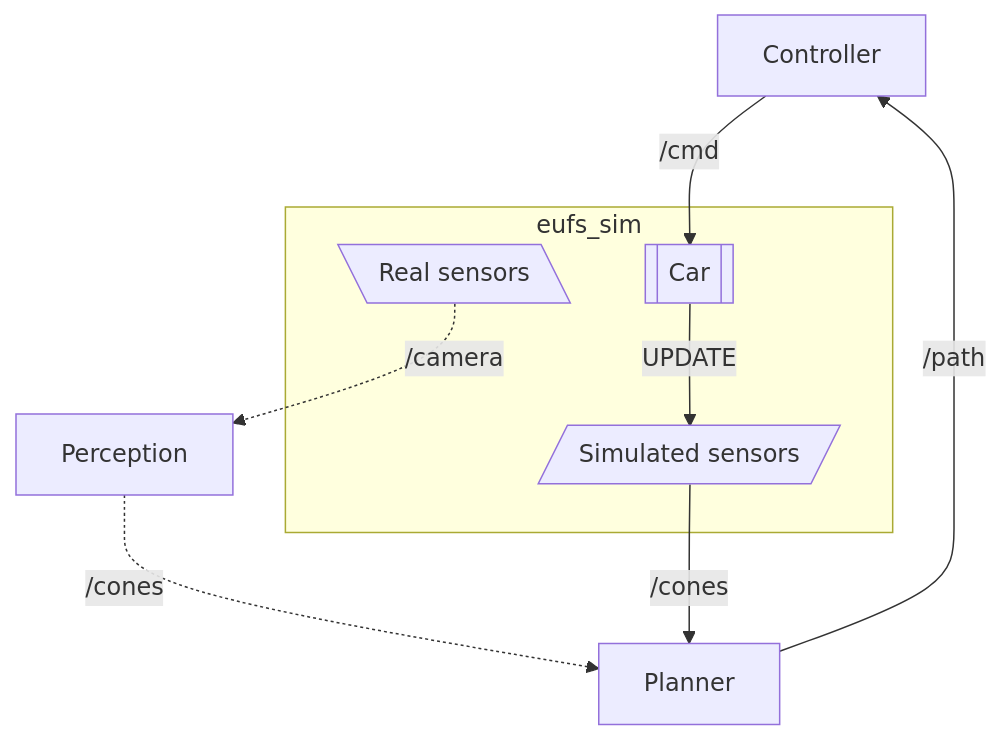
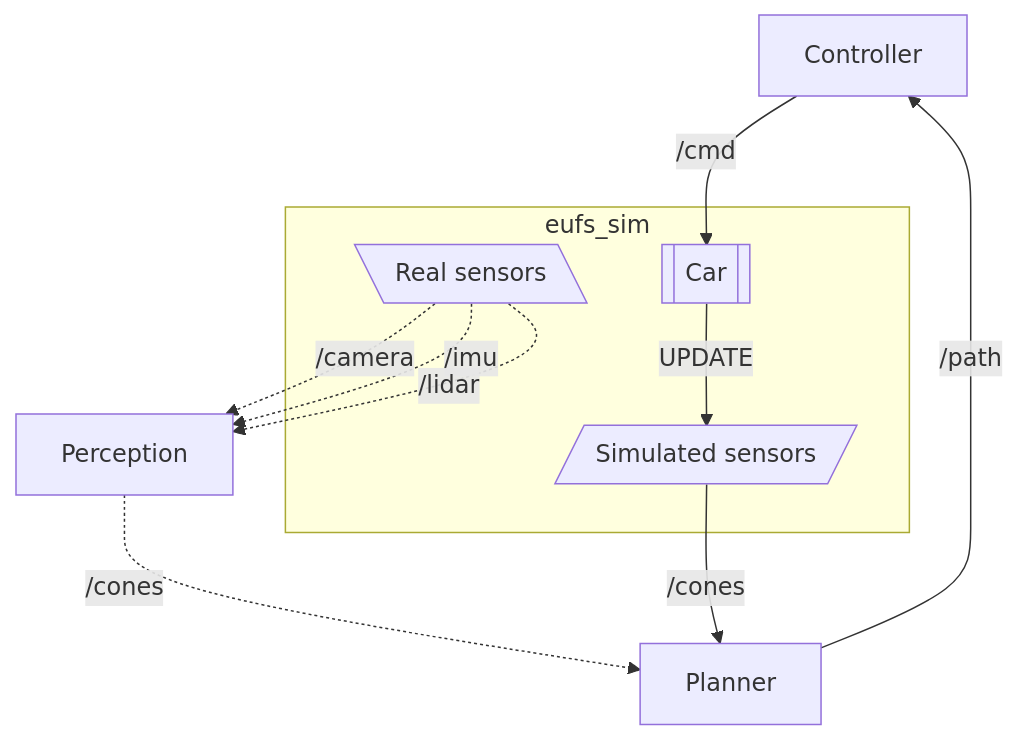
The second of 2 diagrams in README.md (NewcastleRacingAI/eufs_sim), drawn with Mermaid before and after one commit. The commit also changed other lines of this file, not shown here.

````diff
--- a/README.md
+++ b/README.md
@@ -72,21 +72,23 @@
 ```mermaid
 flowchart TD
     c[Controller]
     p[Perception]
     pl[Planner]
 
     subgraph eufs_sim
         rs[\Real sensors\]
         v[[Car]]
         ss[/Simulated sensors/]
     end
 
     rs -. /camera .-> p
+    rs -. /imu .-> p
+    rs -. /lidar .-> p
     p -. /cones .-> pl
     pl -- /path --> c
     c -- /cmd --> v
 
     ss -- /cones --> pl
 
     v -- UPDATE --> ss
 ```
````
